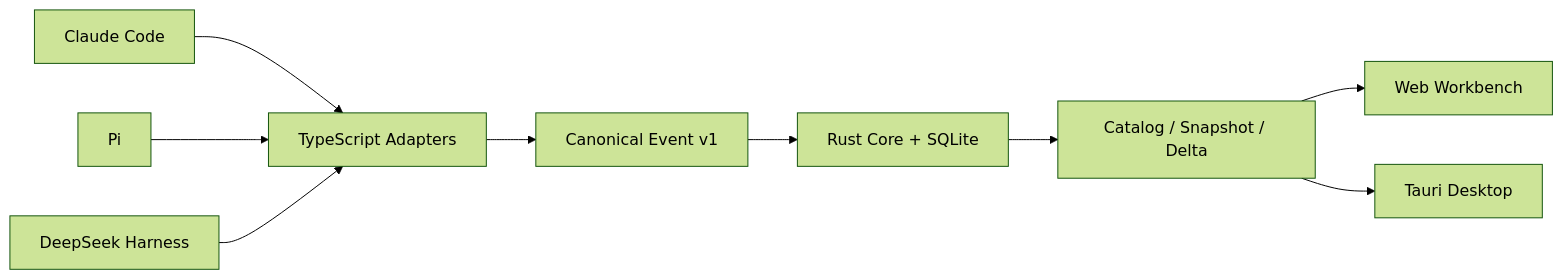
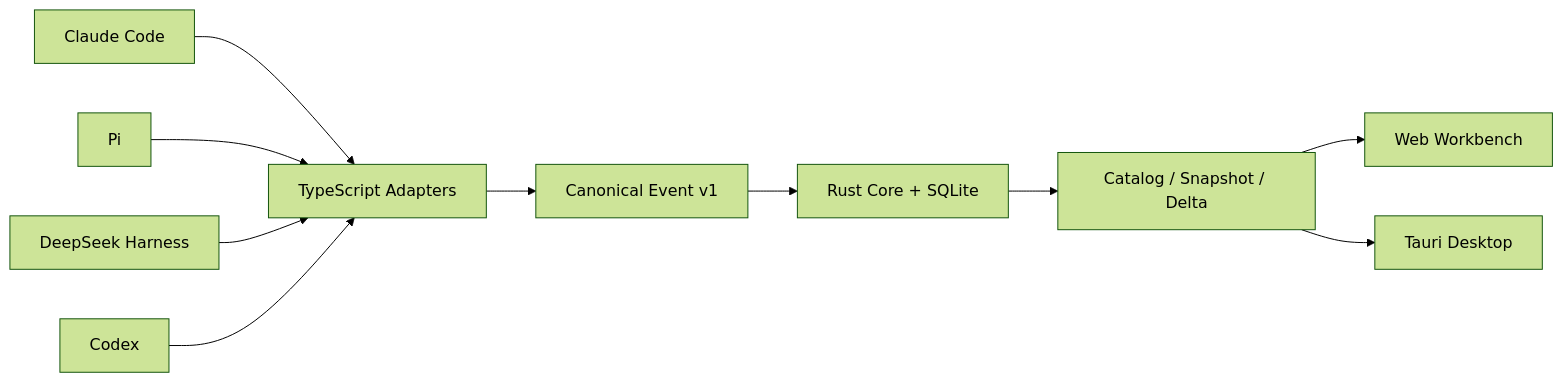
The diagram in README.md (wang-zhengxin/orchetrace), drawn with Mermaid (forest theme) before and after one commit. The commit also changed other lines of this file and 31 other files, not shown here.

````diff
--- a/README.md
+++ b/README.md
@@ -43,11 +44,12 @@
 ```mermaid
 flowchart LR
     Claude["Claude Code"] --> Adapters["TypeScript Adapters"]
     Pi["Pi"] --> Adapters
     Harness["DeepSeek Harness"] --> Adapters
+    Codex["Codex"] --> Adapters
     Adapters --> Protocol["Canonical Event v1"]
     Protocol --> Core["Rust Core + SQLite"]
     Core --> Projection["Catalog / Snapshot / Delta"]
     Projection --> Web["Web Workbench"]
     Projection --> Desktop["Tauri Desktop"]
 ```
````
